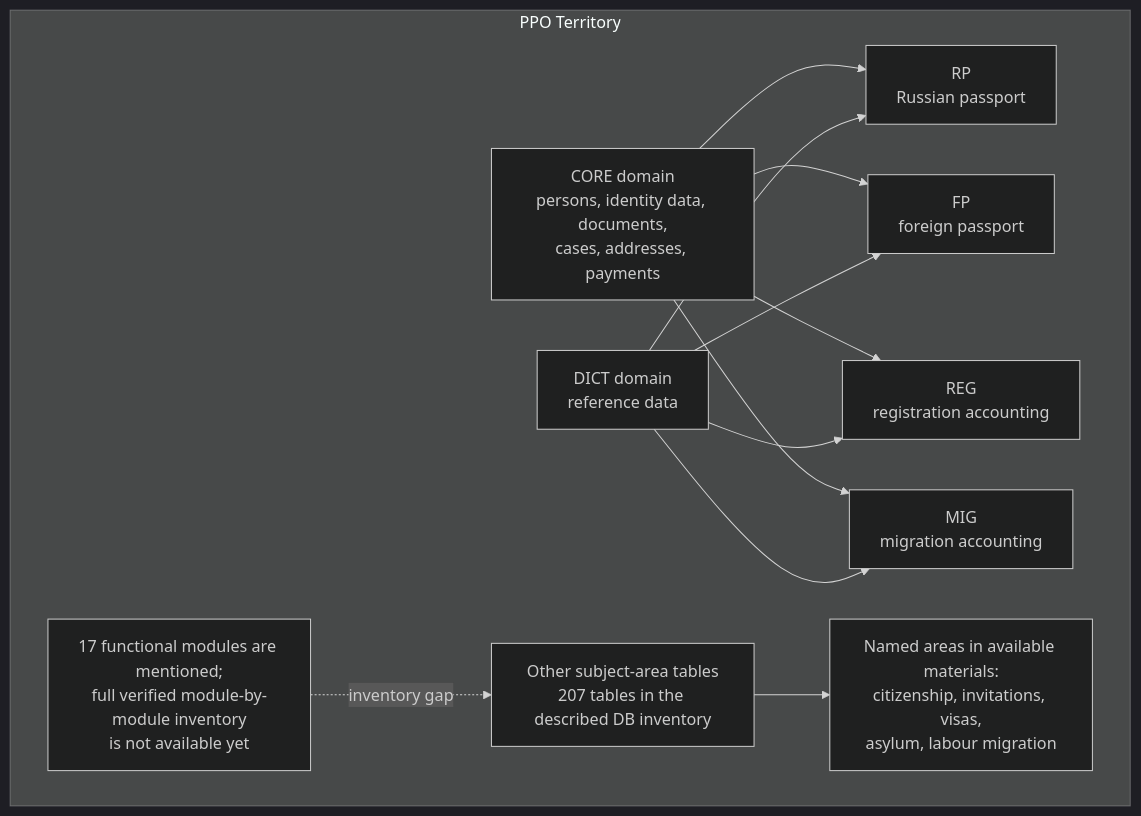
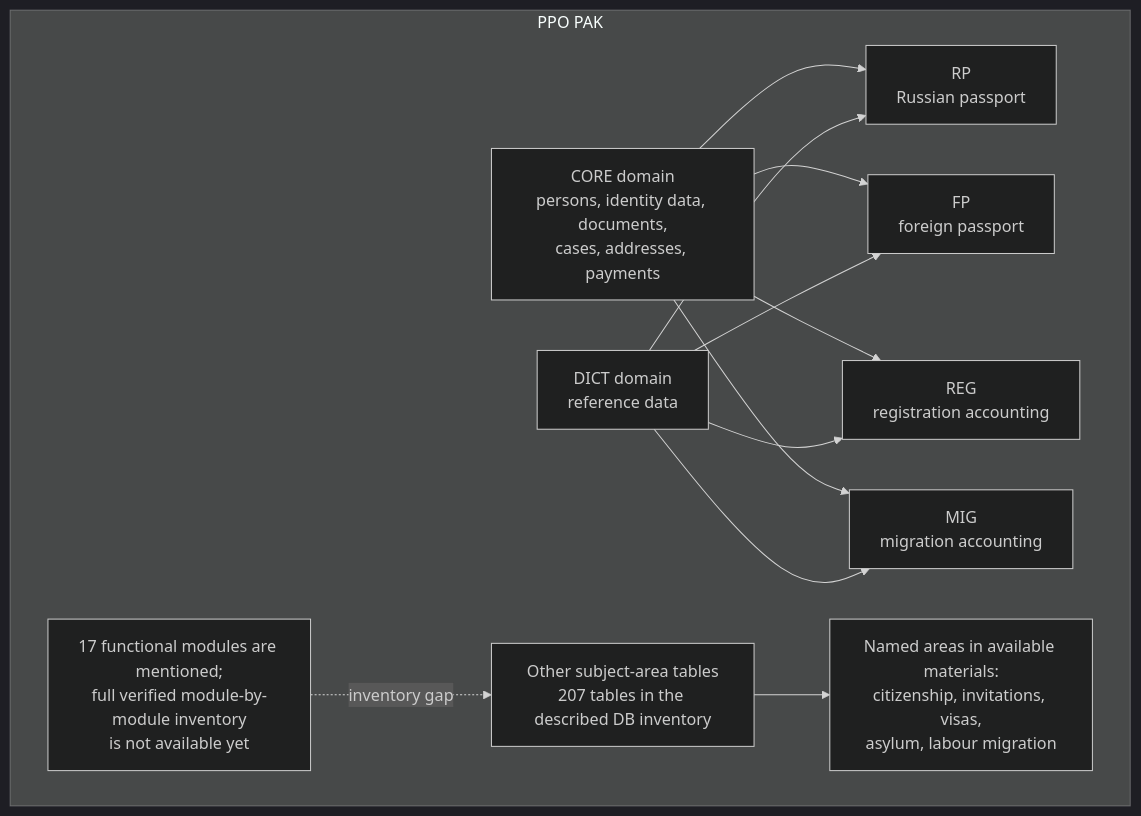
The second of 10 diagrams in materials/architecture/README.md (ekatmoz88-alt/territory-descriptor-unified), drawn with Mermaid (dark theme) before and after one commit. The commit also changed other lines of this file, not shown here.

Commit message:
Rebrand project references to PPO PAK

````diff
--- a/materials/architecture/README.md
+++ b/materials/architecture/README.md
@@ -51,24 +51,24 @@
 ```mermaid
 flowchart TB
-  subgraph TERR["PPO Territory"]
+  subgraph TERR["PPO PAK"]
     CORE["CORE domain<br/>persons, identity data, documents,<br/>cases, addresses, payments"]
     DICT["DICT domain<br/>reference data"]
     RP["RP<br/>Russian passport"]
     FP["FP<br/>foreign passport"]
     REG["REG<br/>registration accounting"]
     MIG["MIG<br/>migration accounting"]
     OTHER["Other subject-area tables<br/>207 tables in the described DB inventory"]
     OTHERDOM["Named areas in available materials:<br/>citizenship, invitations, visas,<br/>asylum, labour migration"]
     MODCOUNT["17 functional modules are mentioned;<br/>full verified module-by-module inventory<br/>is not available yet"]
     CORE --> RP
     CORE --> FP
     CORE --> REG
     CORE --> MIG
     DICT --> RP
     DICT --> FP
     DICT --> REG
     DICT --> MIG
     OTHER --> OTHERDOM
     MODCOUNT -.->|inventory gap| OTHER
   end
 ```
````
